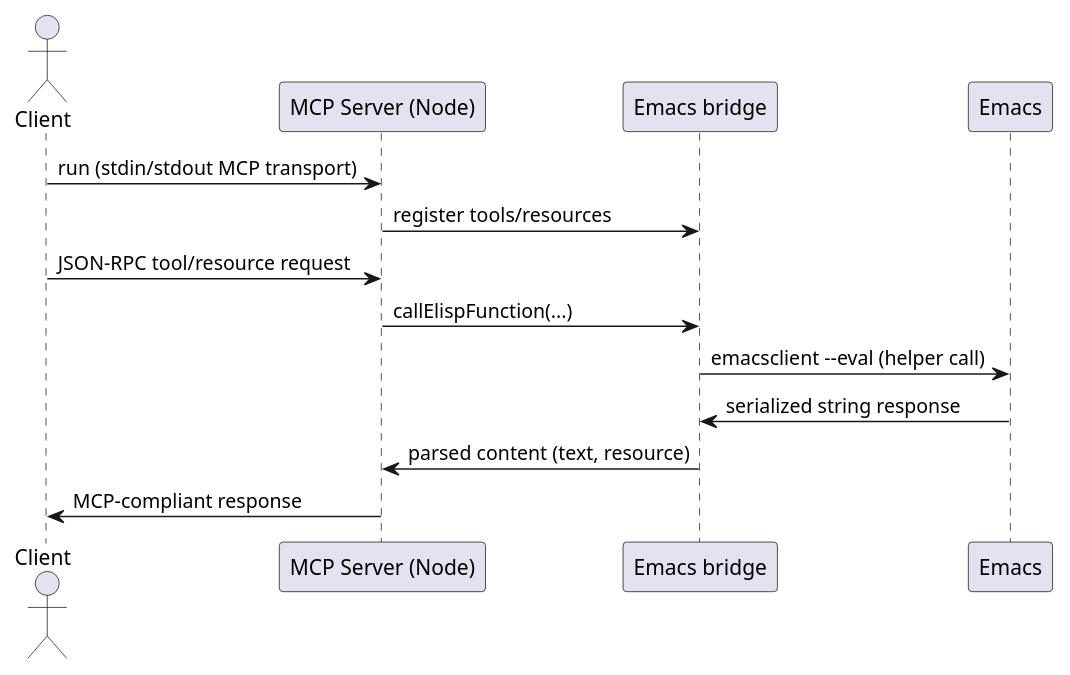
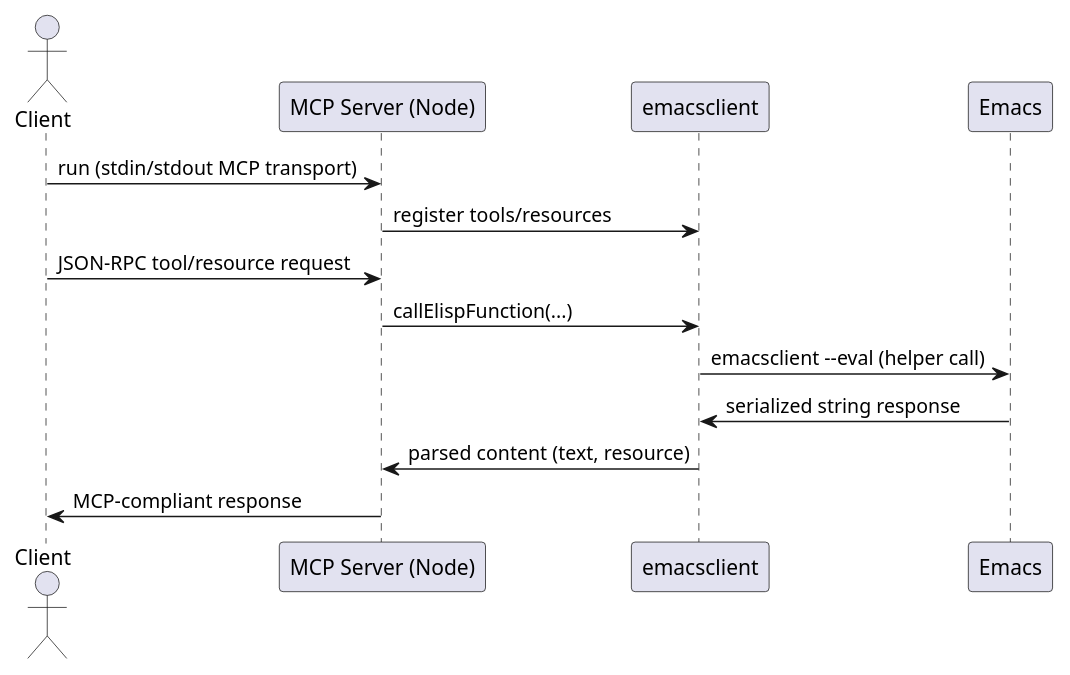
Before and after one commit to gbastkowski/mcp-emacs: the diagram in docs/architecture.puml, drawn with PlantUML. The commit also changed 1 other file, not shown here.

Commit message:
Update architecture diagram

```diff
--- a/docs/architecture.puml
+++ b/docs/architecture.puml
@@ -1,15 +1,15 @@
 @startuml
 actor Client
 participant "MCP Server (Node)" as Server
-participant "Emacs bridge" as Bridge
+participant "emacsclient" as Bridge
 participant "Emacs" as Emacs
 
 Client -> Server: run (stdin/stdout MCP transport)
 Server -> Bridge: register tools/resources
 Client -> Server: JSON-RPC tool/resource request
 Server -> Bridge: callElispFunction(...)
 Bridge -> Emacs: emacsclient --eval (helper call)
 Emacs -> Bridge: serialized string response
 Bridge -> Server: parsed content (text, resource)
 Server -> Client: MCP-compliant response
 @enduml
```
